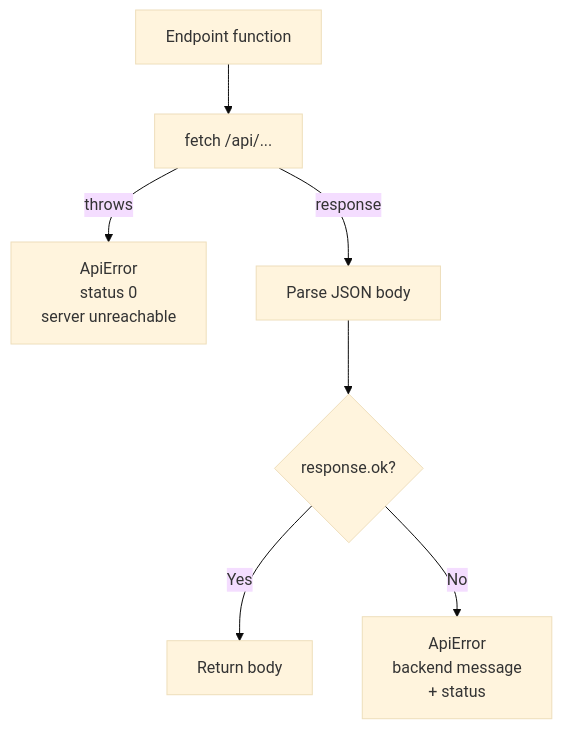
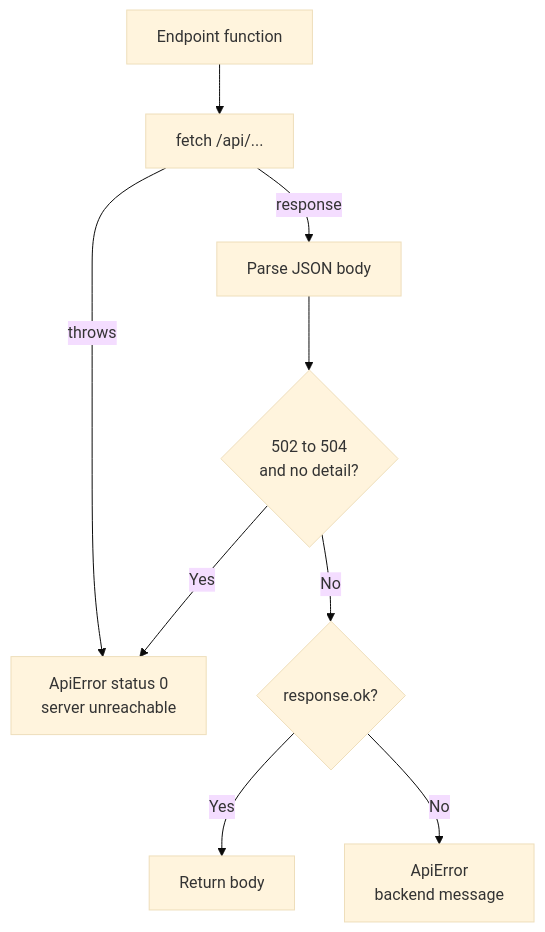
The diagram in 01. Naive RAG/04. UI/docs/02. API Client.md (ajay-nikumbh/RAG-From-Basics-to-Production), drawn with Mermaid (base theme) before and after one commit. The commit also changed other lines of this file and 10 other files, not shown here.

Commit message:
Refresh UI docs and add architecture overview, fix composer focus ring

````diff
--- a/01. Naive RAG/04. UI/docs/02. API Client.md
+++ b/01. Naive RAG/04. UI/docs/02. API Client.md
@@ -55,9 +62,11 @@
 ```mermaid
 flowchart TB
     A[Endpoint function] --> B[fetch /api/...]
-    B -->|throws| N[ApiError<br/>status 0<br/>server unreachable]
+    B -->|throws| N[ApiError status 0<br/>server unreachable]
     B -->|response| C[Parse JSON body]
-    C --> D{response.ok?}
+    C --> P{502 to 504<br/>and no detail?}
+    P -->|Yes| N
+    P -->|No| D{response.ok?}
     D -->|Yes| R[Return body]
-    D -->|No| E[ApiError<br/>backend message<br/>+ status]
+    D -->|No| E[ApiError<br/>backend message]
 ```
````
